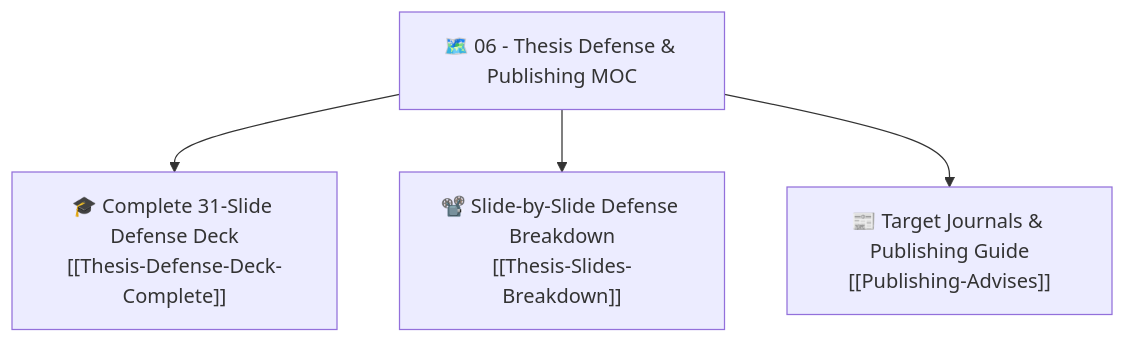
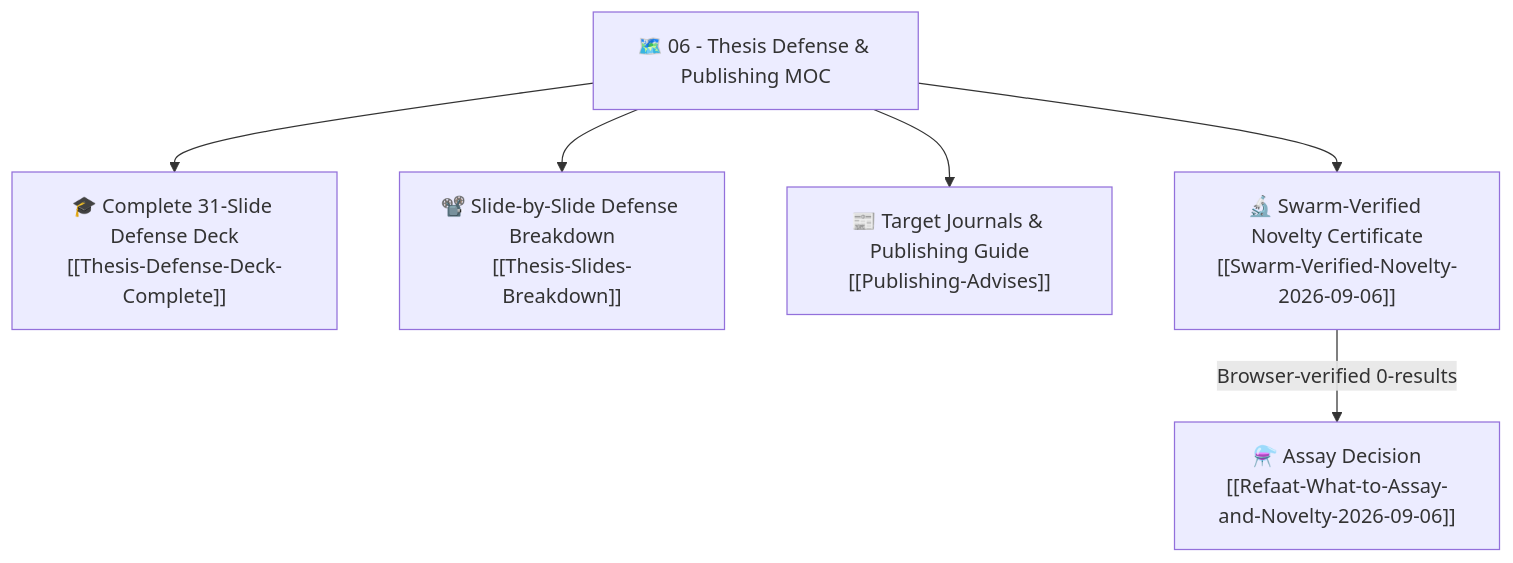
One commit to drrefaat18-ops/my-research changed the diagram in 06 - Thesis Defense & Publishing/06-MOC-Thesis-Defense-and-Publishing.md. Above: the diagram before and after it, drawn with Mermaid. The commit also changed other lines of this file and 24 other files, not shown here.

First line of the commit message:
feat(thesis): add swarm-verified novelty certificate and updated assay decisions

````diff
--- a/06 - Thesis Defense & Publishing/06-MOC-Thesis-Defense-and-Publishing.md
+++ b/06 - Thesis Defense & Publishing/06-MOC-Thesis-Defense-and-Publishing.md
@@ -18,8 +18,10 @@
 ```mermaid
 graph TD
     MOC["🗺️ 06 - Thesis Defense & Publishing MOC"]
     
     MOC --> DECK["🎓 Complete 31-Slide Defense Deck<br/>[[Thesis-Defense-Deck-Complete]]"]
     MOC --> SLIDES["📽️ Slide-by-Slide Defense Breakdown<br/>[[Thesis-Slides-Breakdown]]"]
     MOC --> PUB["📰 Target Journals & Publishing Guide<br/>[[Publishing-Advises]]"]
+    MOC --> NOV["🔬 Swarm-Verified Novelty Certificate<br/>[[Swarm-Verified-Novelty-2026-09-06]]"]
+    NOV -->|Browser-verified 0-results| ASSAY["⚗️ Assay Decision<br/>[[Refaat-What-to-Assay-and-Novelty-2026-09-06]]"]
 ```
````
